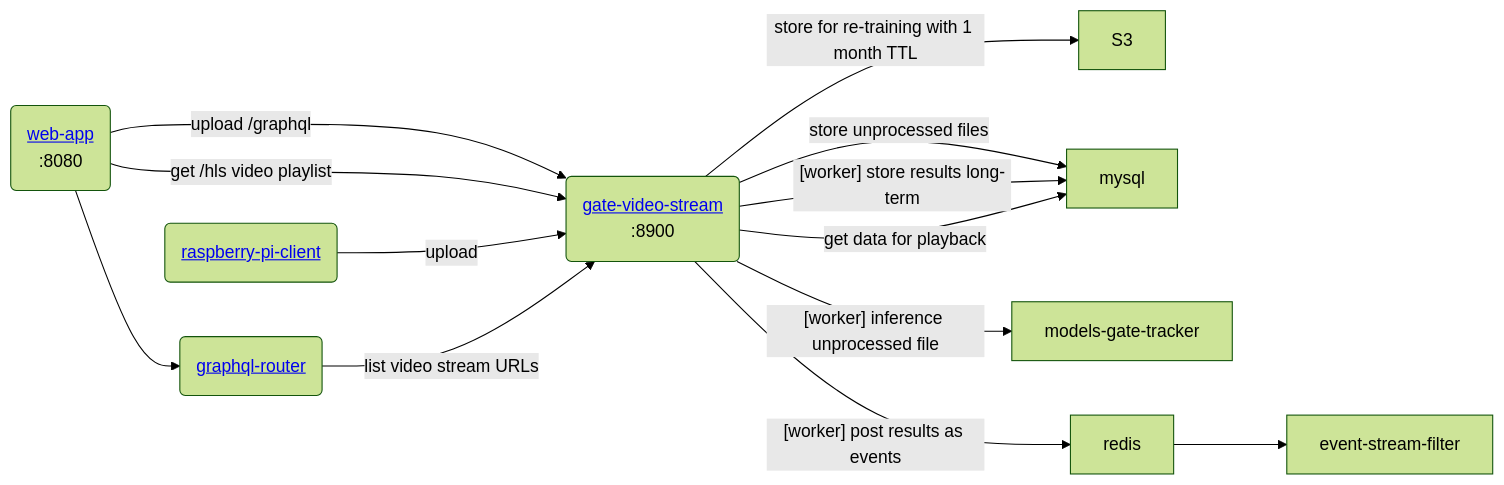
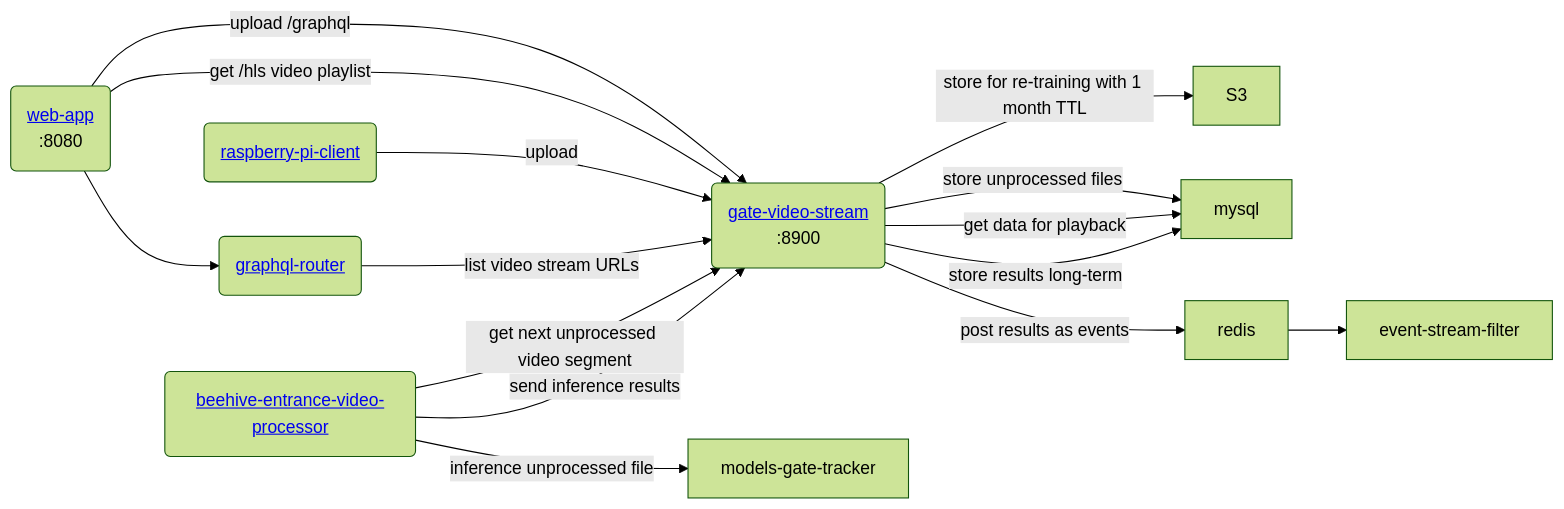
Before and after one commit to Gratheon/gate-video-stream: the diagram in README.md, drawn with Mermaid (forest theme). The commit also changed 6 other files, not shown here.

First line of the commit message:
disable worker - move its logic to beehive-entrance-video-processor that can be on edge device or distributed with a GPU

````diff
--- a/README.md
+++ b/README.md
@@ -20,14 +20,15 @@
 ```mermaid
 flowchart LR
 	web-app --"upload /graphql"--> gate-video-stream --"store for re-training with 1 month TTL"--> S3
 	web-app --"get /hls video playlist"--> gate-video-stream
 	raspberry-pi-client("<a href='https://github.com/Gratheon/raspberry-pi-client'>raspberry-pi-client</a>") --"upload"--> gate-video-stream
 	gate-video-stream --"store unprocessed files" --> mysql
- 	gate-video-stream --"[worker] inference unprocessed file" --> models-gate-tracker
-	gate-video-stream --"[worker] store results long-term" --> mysql
-	gate-video-stream -- "[worker] post results as events" --> redis --> event-stream-filter
-        
 
     web-app("<a href='https://github.com/Gratheon/web-app'>web-app</a>\n:8080") --> graphql-router("<a href='https://github.com/Gratheon/graphql-router'>graphql-router</a>") --"list video stream URLs"--> gate-video-stream("<a href='https://github.com/Gratheon/gate-video-stream'>gate-video-stream</a>\n:8900") -- "get data for playback" --> mysql
 
+	beehive-entrance-video-processor("<a href='https://github.com/Gratheon/beehive-entrance-video-processor'>beehive-entrance-video-processor</a>") --"get next unprocessed video segment"--> gate-video-stream
+	beehive-entrance-video-processor --"inference unprocessed file" --> models-gate-tracker
+	beehive-entrance-video-processor --"send inference results"--> gate-video-stream -- "store results long-term" --> mysql
+	gate-video-stream -- "post results as events" --> redis --> event-stream-filter
+
 ```
````
